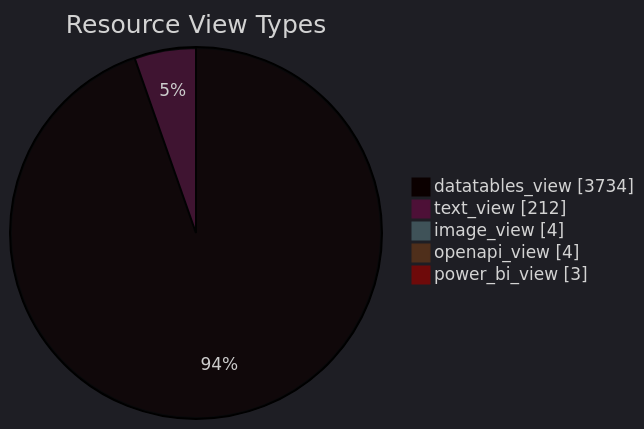
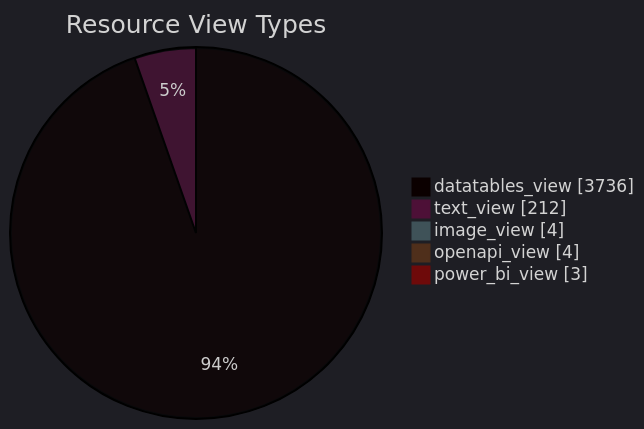
One commit to open-data/analytics-corporate-reporting changed the second of 5 diagrams in datastore_tracker/README.md. Above: the diagram before and after it, drawn with Mermaid. The commit also changed 7 other files, not shown here.

````diff
--- a/datastore_tracker/README.md
+++ b/datastore_tracker/README.md
@@ -35,12 +35,12 @@
 ```mermaid
 ---
 config:
   theme: dark
 ---
 pie showData title Resource View Types
-    "datatables_view": 3734
+    "datatables_view": 3736
     "text_view": 212
     "image_view": 4
     "openapi_view": 4
     "power_bi_view": 3
 ```
````
